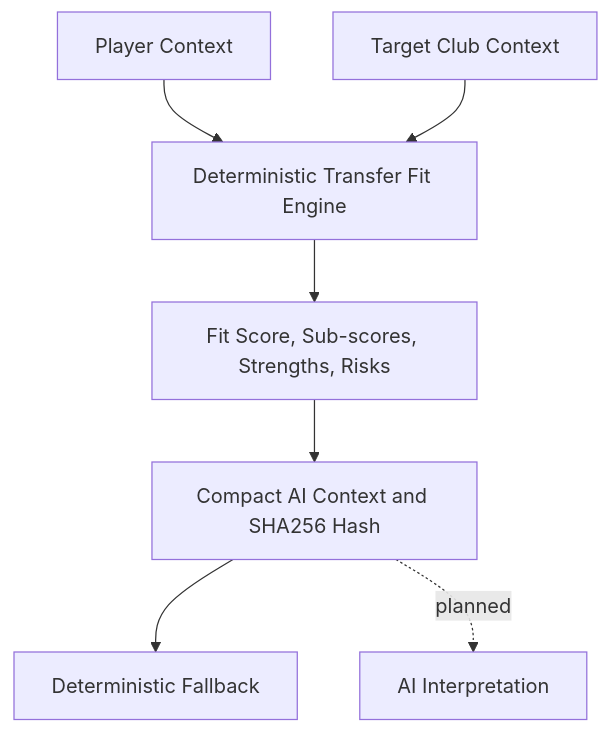
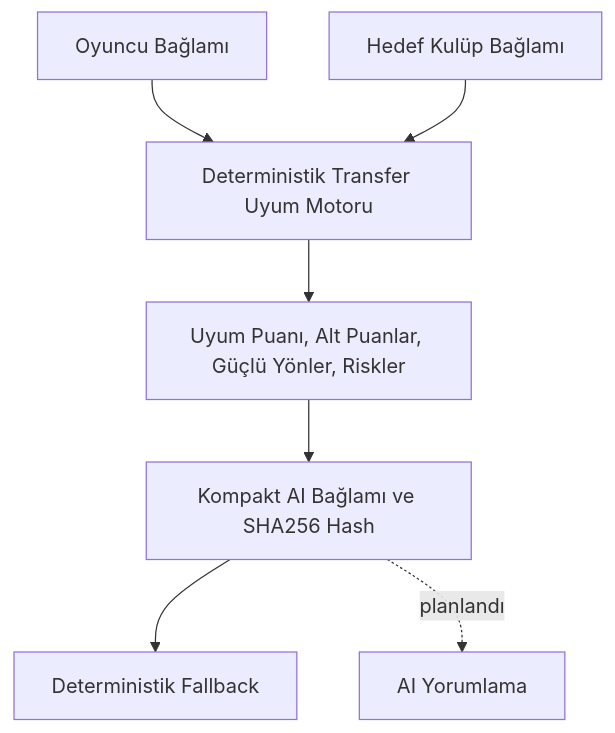
One commit to BaranDogrular/transfer-index changed the second of 2 diagrams in README.md. Above: the diagram before and after it, drawn with Mermaid. The commit also changed other lines of this file, not shown here.

````diff
--- a/README.md
+++ b/README.md
@@ -165,9 +165,9 @@
 ```mermaid
 flowchart TD
-    PLAYER[Player Context] --> ENGINE[Deterministic Transfer Fit Engine]
-    CLUB[Target Club Context] --> ENGINE
-    ENGINE --> SCORE[Fit Score, Sub-scores, Strengths, Risks]
-    SCORE --> COMPACT[Compact AI Context and SHA256 Hash]
-    COMPACT --> FALLBACK[Deterministic Fallback]
-    COMPACT -. planned .-> AI[AI Interpretation]
+    PLAYER[Oyuncu Bağlamı] --> ENGINE[Deterministik Transfer Uyum Motoru]
+    CLUB[Hedef Kulüp Bağlamı] --> ENGINE
+    ENGINE --> SCORE[Uyum Puanı, Alt Puanlar, Güçlü Yönler, Riskler]
+    SCORE --> COMPACT[Kompakt AI Bağlamı ve SHA256 Hash]
+    COMPACT --> FALLBACK[Deterministik Fallback]
+    COMPACT -. planlandı .-> AI[AI Yorumlama]
 ```
````
